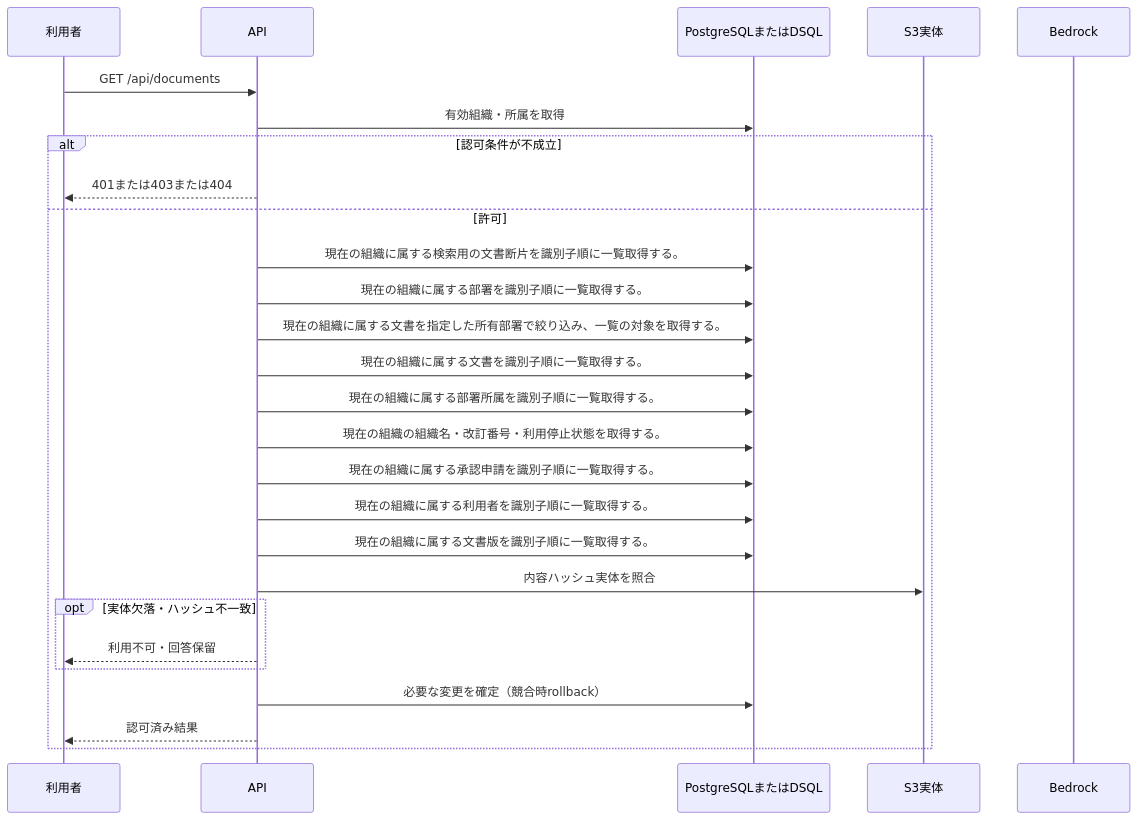
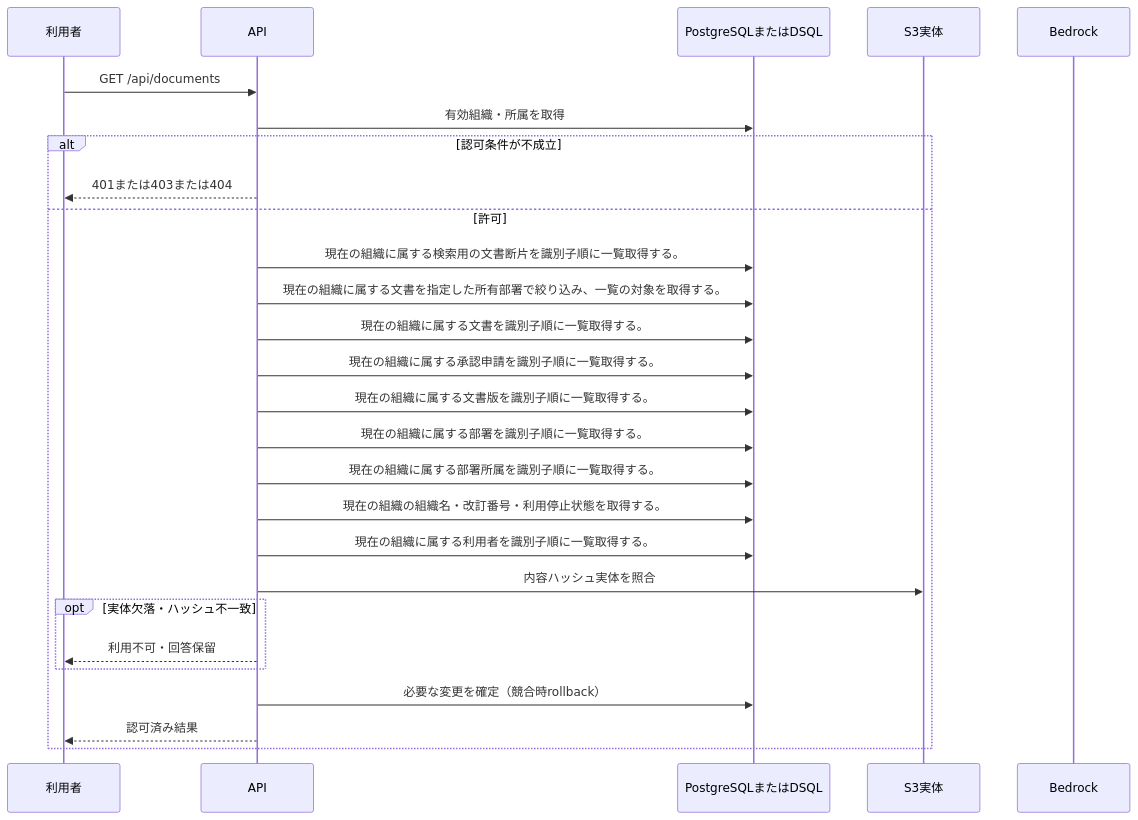
One commit to tsuji-tomonori/KotoRelay changed the diagram in docs/design/generated/api/documents/list_documents/sequence.md. Above: the diagram before and after it, drawn with Mermaid. The commit also changed other lines of this file and 628 other files, not shown here.

````diff
--- a/docs/design/generated/api/documents/list_documents/sequence.md
+++ b/docs/design/generated/api/documents/list_documents/sequence.md
@@ -7,29 +7,29 @@
 ```mermaid
 sequenceDiagram
     participant U as 利用者
     participant A as API
     participant D as PostgreSQLまたはDSQL
     participant S as S3実体
     participant M as Bedrock
     U->>A: GET /api/documents
     A->>D: 有効組織・所属を取得
     alt 認可条件が不成立
         A-->>U: 401または403または404
     else 許可
         A->>D: 現在の組織に属する検索用の文書断片を識別子順に一覧取得する。
-        A->>D: 現在の組織に属する部署を識別子順に一覧取得する。
         A->>D: 現在の組織に属する文書を指定した所有部署で絞り込み、一覧の対象を取得する。
         A->>D: 現在の組織に属する文書を識別子順に一覧取得する。
+        A->>D: 現在の組織に属する承認申請を識別子順に一覧取得する。
+        A->>D: 現在の組織に属する文書版を識別子順に一覧取得する。
+        A->>D: 現在の組織に属する部署を識別子順に一覧取得する。
         A->>D: 現在の組織に属する部署所属を識別子順に一覧取得する。
         A->>D: 現在の組織の組織名・改訂番号・利用停止状態を取得する。
-        A->>D: 現在の組織に属する承認申請を識別子順に一覧取得する。
         A->>D: 現在の組織に属する利用者を識別子順に一覧取得する。
-        A->>D: 現在の組織に属する文書版を識別子順に一覧取得する。
         A->>S: 内容ハッシュ実体を照合
         opt 実体欠落・ハッシュ不一致
             A-->>U: 利用不可・回答保留
         end
         A->>D: 必要な変更を確定（競合時rollback）
         A-->>U: 認可済み結果
     end
 ```
````
